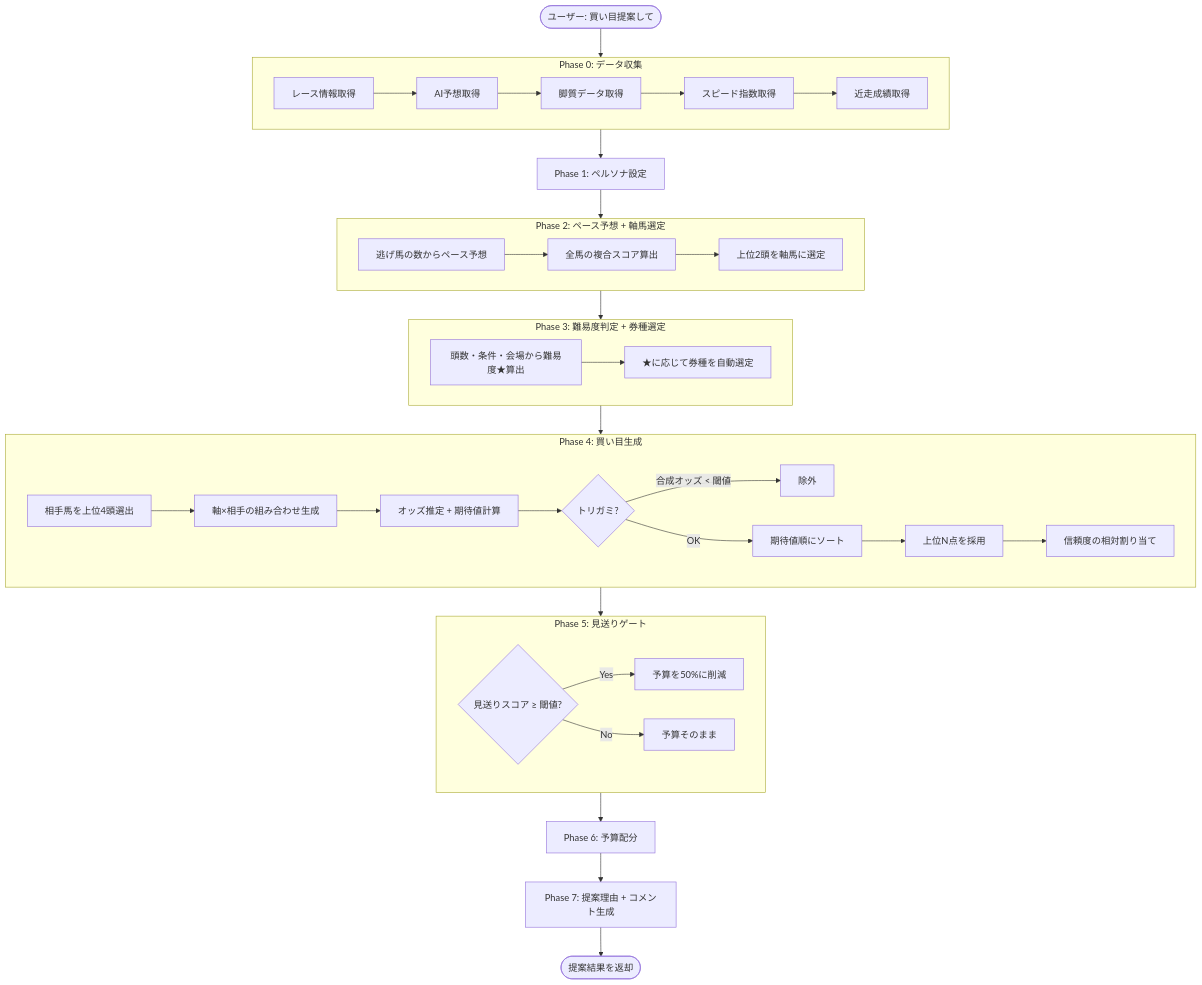
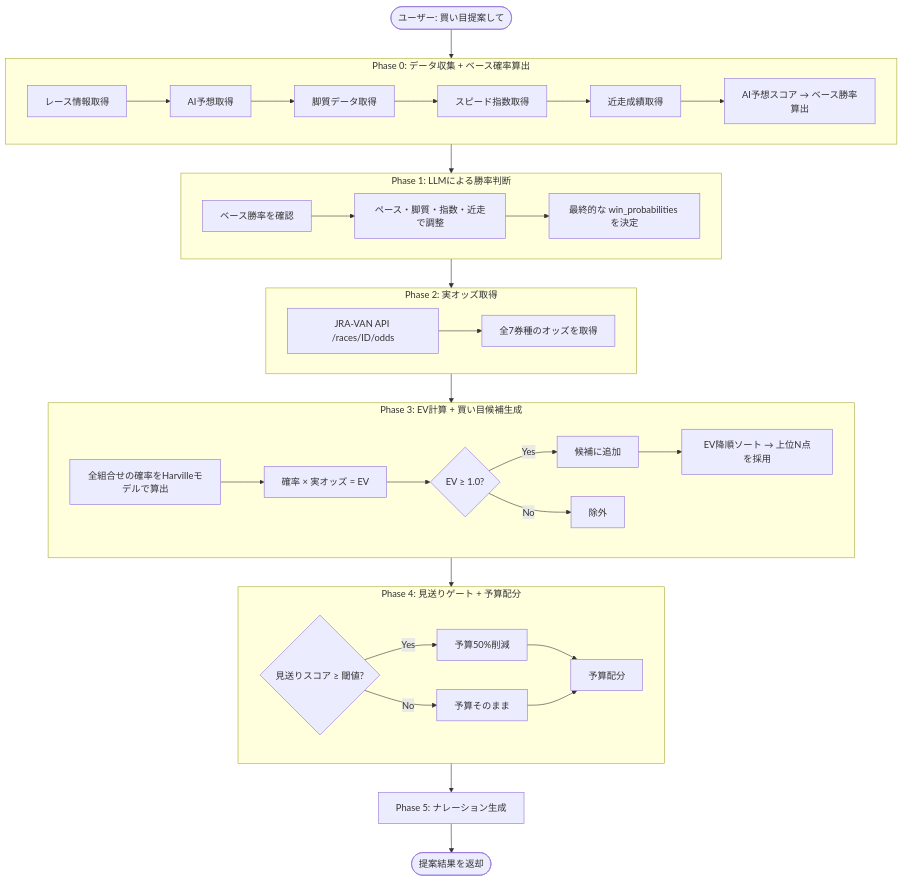
Before and after one commit to foie0222/baken-kaigi: the first of 5 diagrams in docs/bet-proposal-logic.md, drawn with Mermaid. The commit also changed other lines of this file, not shown here.

````diff
--- a/docs/bet-proposal-logic.md
+++ b/docs/bet-proposal-logic.md
@@ -7,49 +7,47 @@
 ```mermaid
 flowchart TD
     START([ユーザー: 買い目提案して]) --> P0
 
-    subgraph P0 [Phase 0: データ収集]
+    subgraph P0 [Phase 0: データ収集 + ベース確率算出]
         P0A[レース情報取得] --> P0B[AI予想取得]
         P0B --> P0C[脚質データ取得]
         P0C --> P0D[スピード指数取得]
         P0D --> P0E[近走成績取得]
+        P0E --> P0F[AI予想スコア → ベース勝率算出]
     end
 
-    P0 --> P1[Phase 1: ペルソナ設定]
+    P0 --> P1
+
+    subgraph P1 [Phase 1: LLMによる勝率判断]
+        P1A[ベース勝率を確認] --> P1B[ペース・脚質・指数・近走で調整]
+        P1B --> P1C[最終的な win_probabilities を決定]
+    end
+
     P1 --> P2
 
-    subgraph P2 [Phase 2: ペース予想 + 軸馬選定]
-        P2A[逃げ馬の数からペース予想] --> P2B[全馬の複合スコア算出]
-        P2B --> P2C[上位2頭を軸馬に選定]
+    subgraph P2 [Phase 2: 実オッズ取得]
+        P2A[JRA-VAN API /races/ID/odds] --> P2B[全7券種のオッズを取得]
     end
 
     P2 --> P3
 
-    subgraph P3 [Phase 3: 難易度判定 + 券種選定]
-        P3A[頭数・条件・会場から難易度★算出] --> P3B[★に応じて券種を自動選定]
+    subgraph P3 [Phase 3: EV計算 + 買い目候補生成]
+        P3A[全組合せの確率をHarvilleモデルで算出] --> P3B[確率 × 実オッズ = EV]
+        P3B --> P3C{EV ≥ 1.0?}
+        P3C -->|Yes| P3D[候補に追加]
+        P3C -->|No| P3E[除外]
+        P3D --> P3F[EV降順ソート → 上位N点を採用]
     end
 
     P3 --> P4
 
-    subgraph P4 [Phase 4: 買い目生成]
-        P4A[相手馬を上位4頭選出] --> P4B[軸×相手の組み合わせ生成]
-        P4B --> P4C[オッズ推定 + 期待値計算]
-        P4C --> P4D{トリガミ?}
-        P4D -->|合成オッズ < 閾値| P4E[除外]
-        P4D -->|OK| P4F[期待値順にソート]
-        P4F --> P4G[上位N点を採用]
-        P4G --> P4H[信頼度の相対割り当て]
+    subgraph P4 [Phase 4: 見送りゲート + 予算配分]
+        P4A{見送りスコア ≥ 閾値?} -->|Yes| P4B[予算50%削減]
+        P4A -->|No| P4C[予算そのまま]
+        P4B --> P4D[予算配分]
+        P4C --> P4D
     end
 
-    P4 --> P5
-
-    subgraph P5 [Phase 5: 見送りゲート]
-        P5A{見送りスコア ≥ 閾値?}
-        P5A -->|Yes| P5B[予算を50%に削減]
-        P5A -->|No| P5C[予算そのまま]
-    end
-
-    P5 --> P6[Phase 6: 予算配分]
-    P6 --> P7[Phase 7: 提案理由 + コメント生成]
-    P7 --> RESULT([提案結果を返却])
+    P4 --> P5[Phase 5: ナレーション生成]
+    P5 --> RESULT([提案結果を返却])
 ```
````
